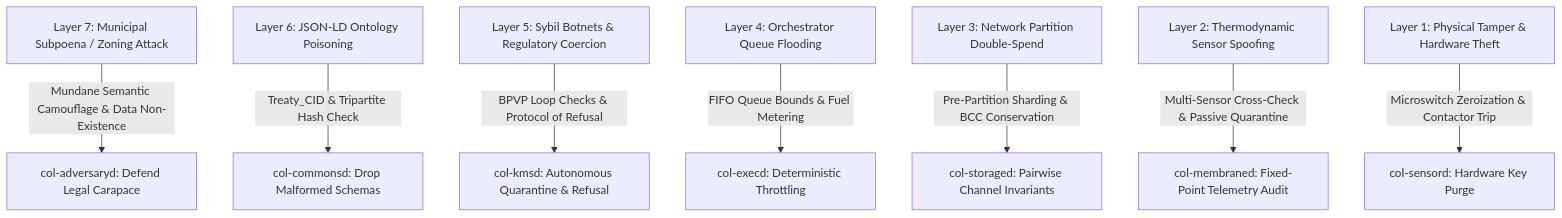
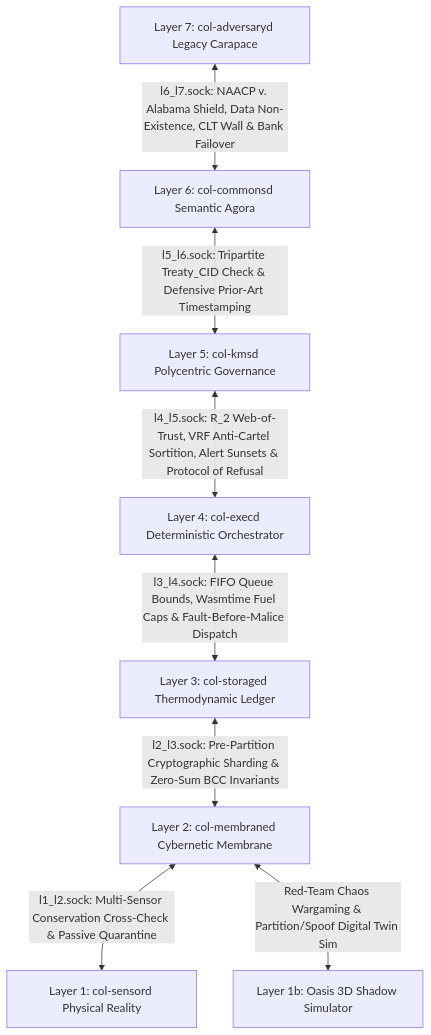
Before and after one commit to raffaine/collective: the second of 3 diagrams in docs/scenarios/rho_adversarial.md, drawn with Mermaid. The commit also changed other lines of this file and 33 other files, not shown here.

````diff
--- a/docs/scenarios/rho_adversarial.md
+++ b/docs/scenarios/rho_adversarial.md
@@ -45,10 +91,10 @@
 ```mermaid
 graph TD
-    L7_Threat[Layer 7: Municipal Subpoena / Zoning Attack] -->|Mundane Semantic Camouflage & Data Non-Existence| L7[col-adversaryd: Defend Legal Carapace]
-    L6_Threat[Layer 6: JSON-LD Ontology Poisoning] -->|Treaty_CID & Tripartite Hash Check| L6[col-commonsd: Drop Malformed Schemas]
-    L5_Threat[Layer 5: Sybil Botnets & Regulatory Coercion] -->|BPVP Loop Checks & Protocol of Refusal| L5[col-kmsd: Autonomous Quarantine & Refusal]
-    L4_Threat[Layer 4: Orchestrator Queue Flooding] -->|FIFO Queue Bounds & Fuel Metering| L4[col-execd: Deterministic Throttling]
-    L3_Threat[Layer 3: Network Partition Double-Spend] -->|Pre-Partition Sharding & BCC Conservation| L3[col-storaged: Pairwise Channel Invariants]
-    L2_Threat[Layer 2: Thermodynamic Sensor Spoofing] -->|Multi-Sensor Cross-Check & Passive Quarantine| L2[col-membraned: Fixed-Point Telemetry Audit]
-    L1_Threat[Layer 1: Physical Tamper & Hardware Theft] -->|Microswitch Zeroization & Contactor Trip| L1[col-sensord: Hardware Key Purge]
+    L7[Layer 7: col-adversaryd Legacy Carapace] <-->|l6_l7.sock: NAACP v. Alabama Shield, Data Non-Existence, CLT Wall & Bank Failover| L6[Layer 6: col-commonsd Semantic Agora]
+    L6 <-->|l5_l6.sock: Tripartite Treaty_CID Check & Defensive Prior-Art Timestamping| L5[Layer 5: col-kmsd Polycentric Governance]
+    L5 <-->|l4_l5.sock: R_2 Web-of-Trust, VRF Anti-Cartel Sortition, Alert Sunsets & Protocol of Refusal| L4[Layer 4: col-execd Deterministic Orchestrator]
+    L4 <-->|l3_l4.sock: FIFO Queue Bounds, Wasmtime Fuel Caps & Fault-Before-Malice Dispatch| L3[Layer 3: col-storaged Thermodynamic Ledger]
+    L3 <-->|l2_l3.sock: Pre-Partition Cryptographic Sharding & Zero-Sum BCC Invariants| L2[Layer 2: col-membraned Cybernetic Membrane]
+    L2 <-->|l1_l2.sock: Multi-Sensor Conservation Cross-Check & Passive Quarantine| L1[Layer 1: col-sensord Physical Reality]
+    L2 <-->|Red-Team Chaos Wargaming & Partition/Spoof Digital Twin Sim| L1b[Layer 1b: Oasis 3D Shadow Simulator]
 ```
````
